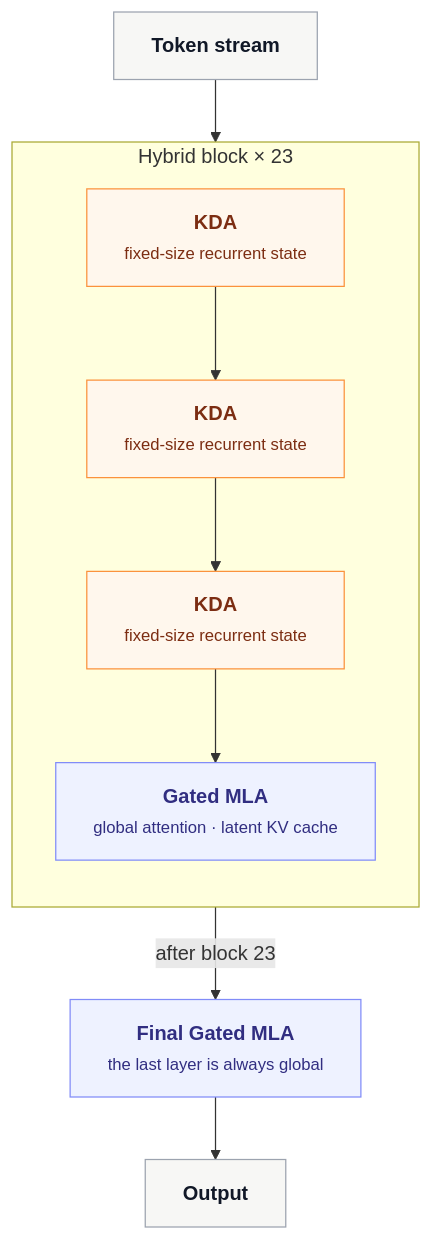
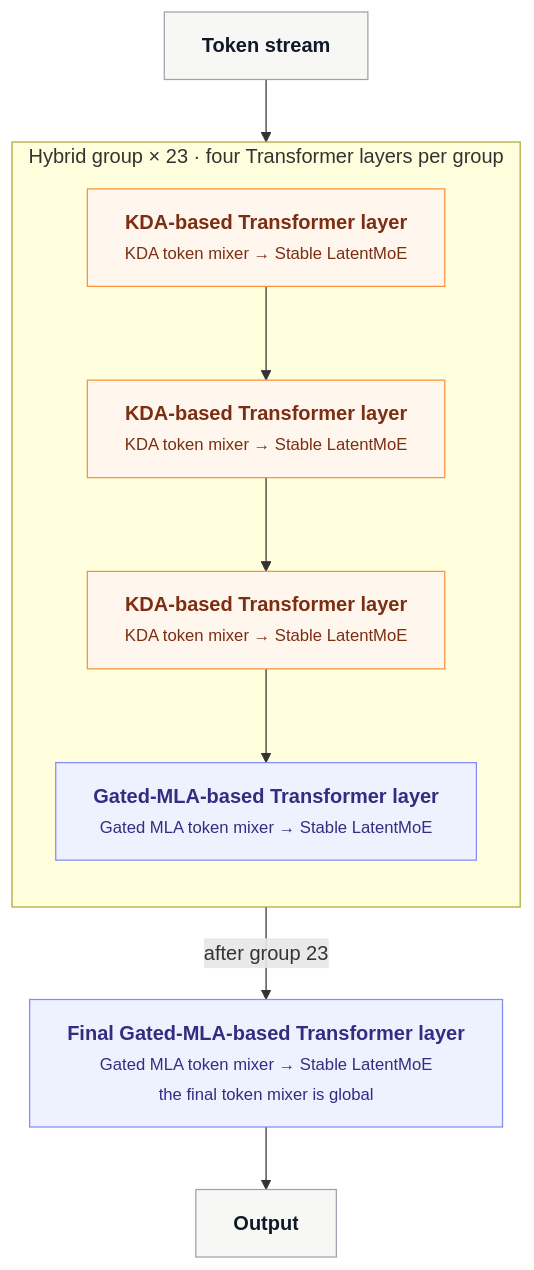
The first of 2 diagrams in README.md (haohww/stateful-transformer), drawn with Mermaid before and after one commit. The commit also changed other lines of this file, not shown here.

Commit message:
Clarify Kimi K3 architecture hierarchy

````diff
--- a/README.md
+++ b/README.md
@@ -13,27 +13,27 @@
 ```mermaid
 %%{init: { "htmlLabels": true, "flowchart": { "wrappingWidth": 360 } } }%%
 flowchart TD
     IN["<b>Token stream</b>"]
 
-    subgraph B["Hybrid block × 23"]
+    subgraph B["Hybrid group × 23 · four Transformer layers per group"]
         direction TD
-        K1["<b>KDA</b><br/><small>fixed-size recurrent state</small>"]
-        K2["<b>KDA</b><br/><small>fixed-size recurrent state</small>"]
-        K3["<b>KDA</b><br/><small>fixed-size recurrent state</small>"]
-        MLA["<b>Gated MLA</b><br/><small>global attention · latent KV cache</small>"]
+        K1["<b>KDA-based Transformer layer</b><br/><small>KDA token mixer → Stable LatentMoE</small>"]
+        K2["<b>KDA-based Transformer layer</b><br/><small>KDA token mixer → Stable LatentMoE</small>"]
+        K3["<b>KDA-based Transformer layer</b><br/><small>KDA token mixer → Stable LatentMoE</small>"]
+        MLA["<b>Gated-MLA-based Transformer layer</b><br/><small>Gated MLA token mixer → Stable LatentMoE</small>"]
         K1 --> K2 --> K3 --> MLA
     end
 
-    LAST["<b>Final Gated MLA</b><br/><small>the last layer is always global</small>"]
+    LAST["<b>Final Gated-MLA-based Transformer layer</b><br/><small>Gated MLA token mixer → Stable LatentMoE<br/>the final token mixer is global</small>"]
     OUT["<b>Output</b>"]
 
     IN --> K1
-    MLA -->|after block 23| LAST --> OUT
+    MLA -->|after group 23| LAST --> OUT
 
     classDef kda fill:#fff7ed,stroke:#fb923c,color:#7c2d12;
     classDef mla fill:#eef2ff,stroke:#818cf8,color:#312e81;
     classDef io fill:#f7f7f5,stroke:#9ca3af,color:#111827;
     class K1,K2,K3 kda;
     class MLA,LAST mla;
     class IN,OUT io;
 ```
````
